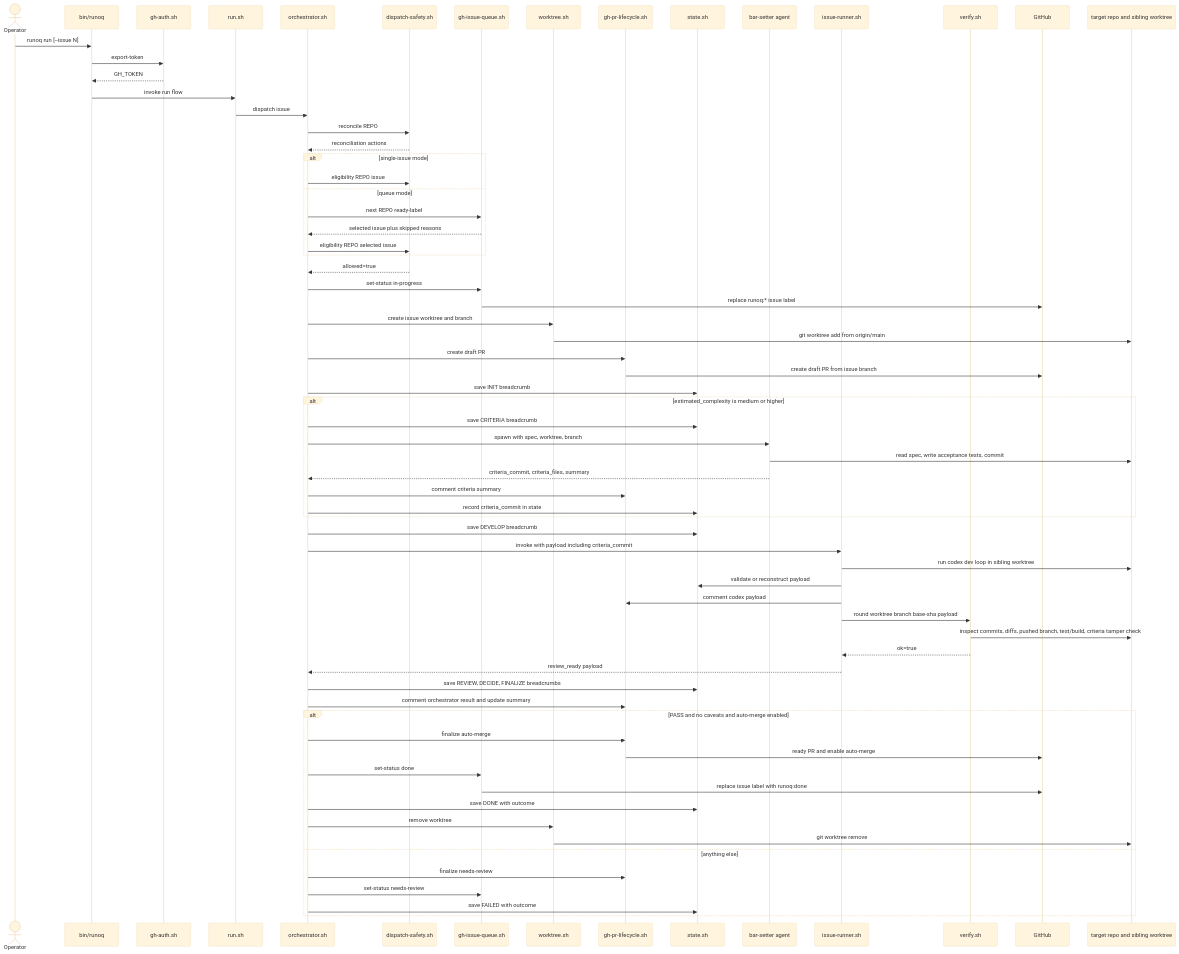
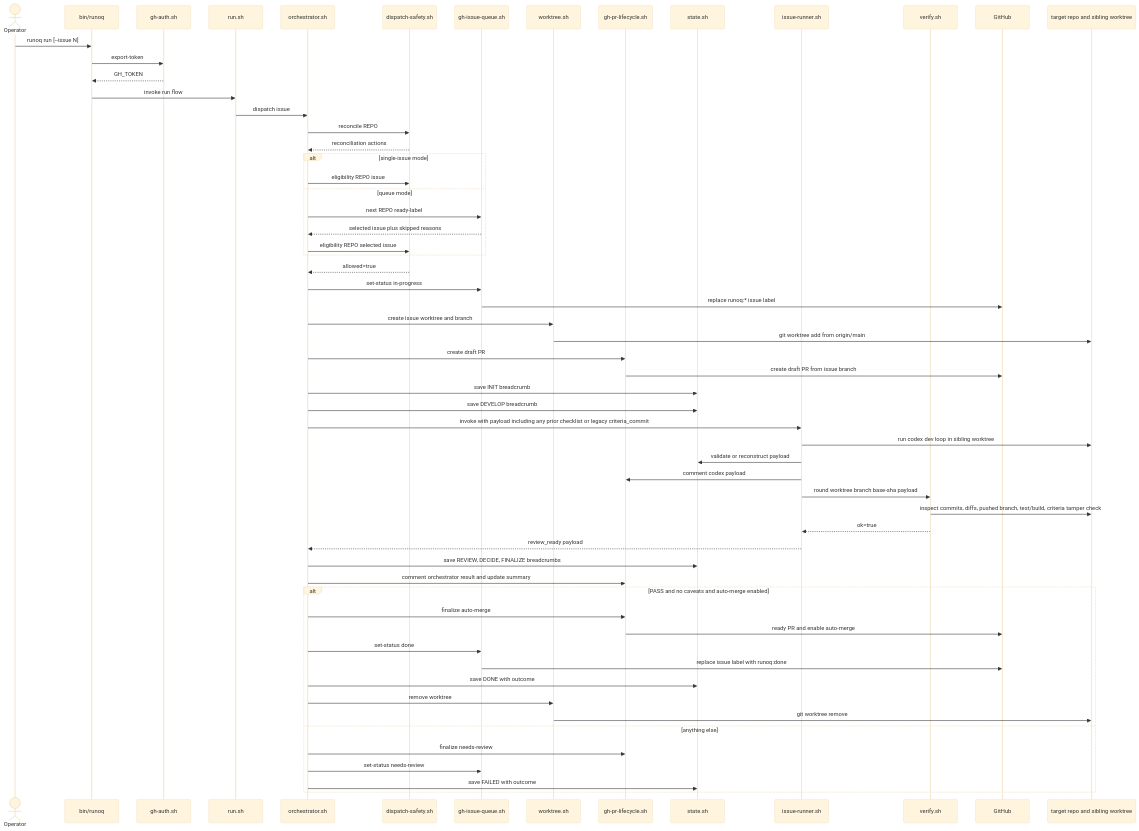
The third of 9 diagrams in docs/architecture/flows.md (morhekil/runoq), drawn with Mermaid (base theme) before and after one commit. The commit also changed other lines of this file and 15 other files, not shown here.

````diff
--- a/docs/architecture/flows.md
+++ b/docs/architecture/flows.md
@@ -137,73 +137,64 @@
 ```mermaid
 sequenceDiagram
   actor Operator
   participant CLI as bin/runoq
   participant Auth as gh-auth.sh
   participant Run as run.sh
   participant Orch as orchestrator.sh
   participant Safety as dispatch-safety.sh
   participant Queue as gh-issue-queue.sh
   participant WT as worktree.sh
   participant PR as gh-pr-lifecycle.sh
   participant State as state.sh
-  participant BarSet as bar-setter agent
   participant IssRun as issue-runner.sh
   participant Verify as verify.sh
   participant GH as GitHub
   participant FS as target repo and sibling worktree
 
   Operator->>CLI: runoq run [--issue N]
   CLI->>Auth: export-token
   Auth-->>CLI: GH_TOKEN
   CLI->>Run: invoke run flow
   Run->>Orch: dispatch issue
   Orch->>Safety: reconcile REPO
   Safety-->>Orch: reconciliation actions
   alt single-issue mode
     Orch->>Safety: eligibility REPO issue
   else queue mode
     Orch->>Queue: next REPO ready-label
     Queue-->>Orch: selected issue plus skipped reasons
     Orch->>Safety: eligibility REPO selected issue
   end
   Safety-->>Orch: allowed=true
   Orch->>Queue: set-status in-progress
   Queue->>GH: replace runoq:* issue label
   Orch->>WT: create issue worktree and branch
   WT->>FS: git worktree add from origin/main
   Orch->>PR: create draft PR
   PR->>GH: create draft PR from issue branch
   Orch->>State: save INIT breadcrumb
-  alt estimated_complexity is medium or higher
-    Orch->>State: save CRITERIA breadcrumb
-    Orch->>BarSet: spawn with spec, worktree, branch
-    BarSet->>FS: read spec, write acceptance tests, commit
-    BarSet-->>Orch: criteria_commit, criteria_files, summary
-    Orch->>PR: comment criteria summary
-    Orch->>State: record criteria_commit in state
-  end
   Orch->>State: save DEVELOP breadcrumb
-  Orch->>IssRun: invoke with payload including criteria_commit
+  Orch->>IssRun: invoke with payload including any prior checklist or legacy criteria_commit
   IssRun->>FS: run codex dev loop in sibling worktree
   IssRun->>State: validate or reconstruct payload
   IssRun->>PR: comment codex payload
   IssRun->>Verify: round worktree branch base-sha payload
   Verify->>FS: inspect commits, diffs, pushed branch, test/build, criteria tamper check
   Verify-->>IssRun: ok=true
   IssRun-->>Orch: review_ready payload
   Orch->>State: save REVIEW, DECIDE, FINALIZE breadcrumbs
   Orch->>PR: comment orchestrator result and update summary
   alt PASS and no caveats and auto-merge enabled
     Orch->>PR: finalize auto-merge
     PR->>GH: ready PR and enable auto-merge
     Orch->>Queue: set-status done
     Queue->>GH: replace issue label with runoq:done
     Orch->>State: save DONE with outcome
     Orch->>WT: remove worktree
     WT->>FS: git worktree remove
   else anything else
     Orch->>PR: finalize needs-review
     Orch->>Queue: set-status needs-review
     Orch->>State: save FAILED with outcome
   end
 ```
````
